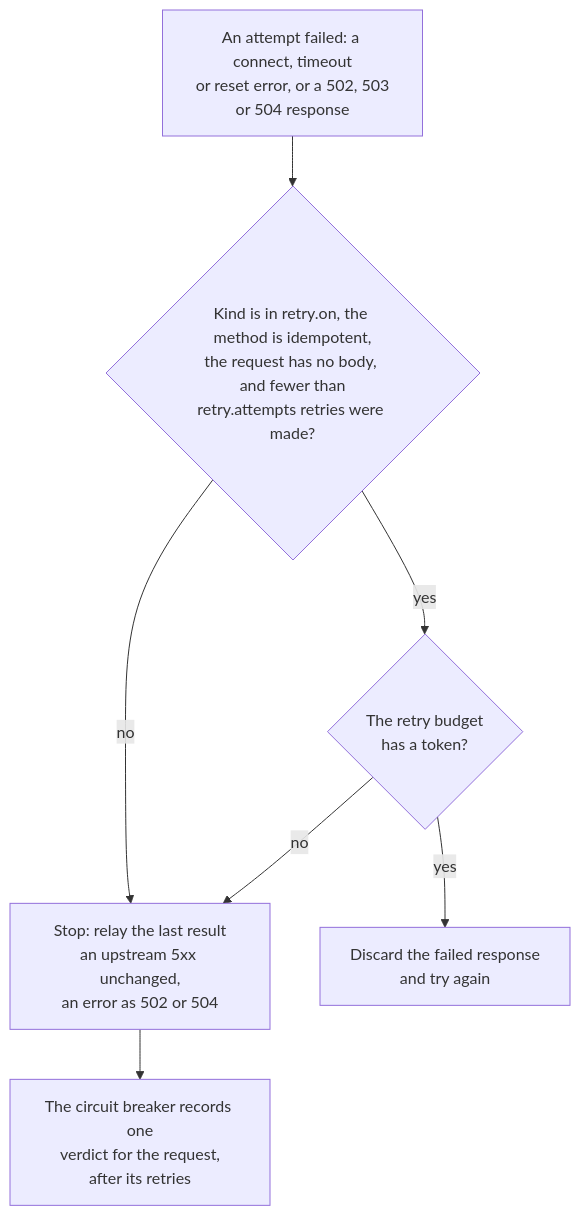
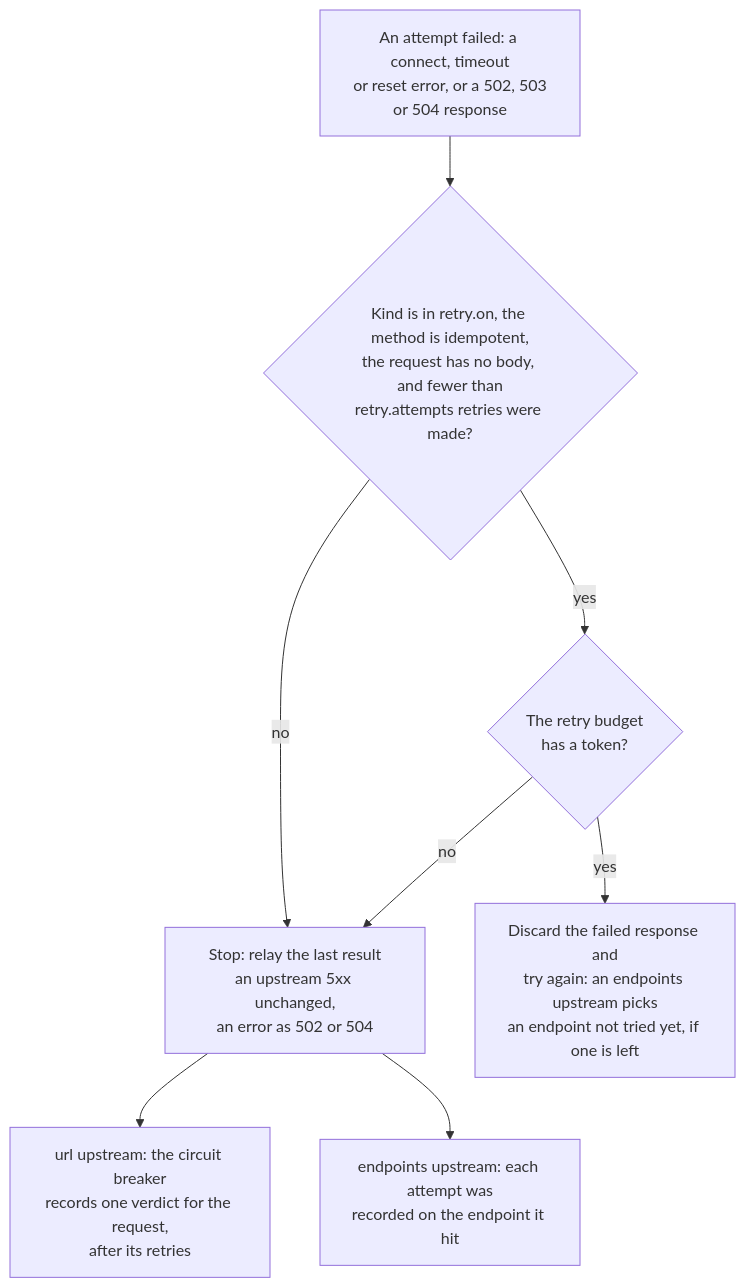
The fifth of 6 diagrams in docs/design/proxy-routing.md (BlivionIaG/sjws_nettask), drawn with Mermaid before and after one commit. The commit also changed other lines of this file and 1 other file, not shown here.

First line of the commit message:
docs: proxy placement, endpoint balancing and per-endpoint health diagrams

````diff
--- a/docs/design/proxy-routing.md
+++ b/docs/design/proxy-routing.md
@@ -166,9 +174,10 @@
 ```mermaid
 flowchart TD
     f["An attempt failed: a connect, timeout<br/>or reset error, or a 502, 503<br/>or 504 response"] --> a{"Kind is in retry.on, the method is idempotent,<br/>the request has no body, and fewer than<br/>retry.attempts retries were made?"}
     a -->|no| v["Stop: relay the last result<br/>an upstream 5xx unchanged,<br/>an error as 502 or 504"]
     a -->|yes| b{"The retry budget<br/>has a token?"}
     b -->|no| v
-    b -->|yes| n["Discard the failed response<br/>and try again"]
-    v --> c["The circuit breaker records one<br/>verdict for the request,<br/>after its retries"]
+    b -->|yes| n["Discard the failed response and<br/>try again: an endpoints upstream picks<br/>an endpoint not tried yet, if one is left"]
+    v --> c["url upstream: the circuit breaker<br/>records one verdict for the request,<br/>after its retries"]
+    v --> ce["endpoints upstream: each attempt was<br/>recorded on the endpoint it hit"]
 ```
````
